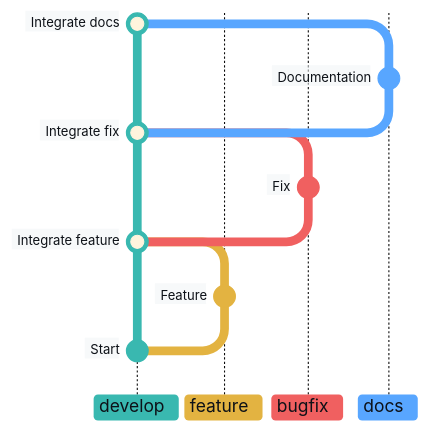
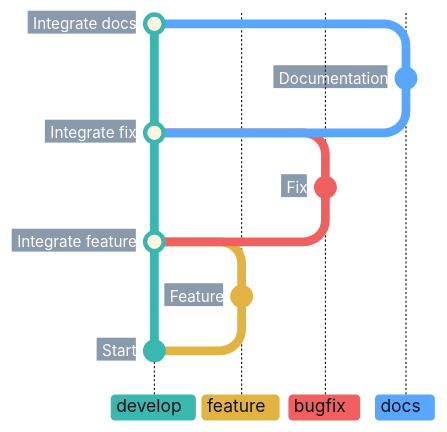
The first of 3 diagrams in docs/adr/cicd.md (superhero/operations.superduper.solutions), drawn with Mermaid before and after one commit. The commit also changed other lines of this file, not shown here.

Commit message:
docs: style graph notes with padded blue labels

````diff
--- a/docs/adr/cicd.md
+++ b/docs/adr/cicd.md
@@ -44,23 +44,23 @@
 ```mermaid
-%%{init: {"theme": "base", "themeCSS": ".commit-label-bkg { opacity: 1; }", "gitGraph": {"mainBranchName": "develop", "showCommitLabel": true, "rotateCommitLabel": false}, "themeVariables": {
-    "commitLabelFontSize": "12px", "commitLabelColor": "#0D1117", "commitLabelBackground": "#F0F3F6",
+%%{init: {"theme": "base", "themeCSS": ".commit-label { font-weight: 700; } .commit-label-bkg { opacity: 1; stroke: #17365D; stroke-width: 8px; transform: translateX(3px); }", "gitGraph": {"mainBranchName": "develop", "showCommitLabel": true, "rotateCommitLabel": false}, "themeVariables": {
+    "commitLabelFontSize": "14px", "commitLabelColor": "#FFFFFF", "commitLabelBackground": "#17365D",
     "git0": "#39B8B0", "gitBranchLabel0": "#0D1117",
     "git1": "#E3B341", "gitBranchLabel1": "#0D1117",
     "git2": "#F06060", "gitBranchLabel2": "#0D1117",
     "git3": "#58A6FF", "gitBranchLabel3": "#0D1117"
 }}}%%
 gitGraph BT:
     commit id: "Start"
     branch "feature" order: 1
     commit id: "Feature"
     checkout develop
     merge "feature" id: "Integrate feature"
     branch "bugfix" order: 2
     commit id: "Fix"
     checkout develop
     merge "bugfix" id: "Integrate fix"
     branch "docs" order: 3
     commit id: "Documentation"
     checkout develop
     merge "docs" id: "Integrate docs"
 ```
````
